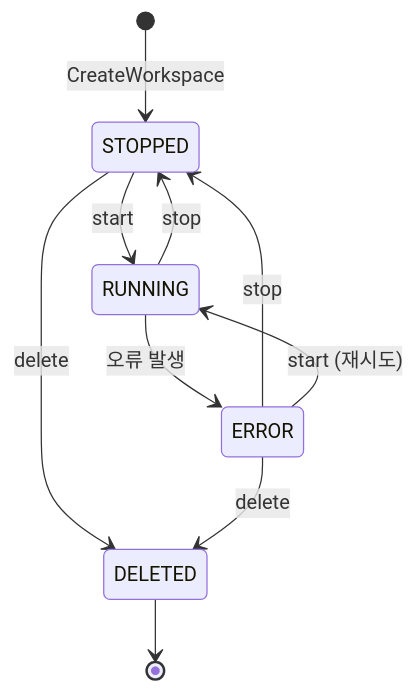
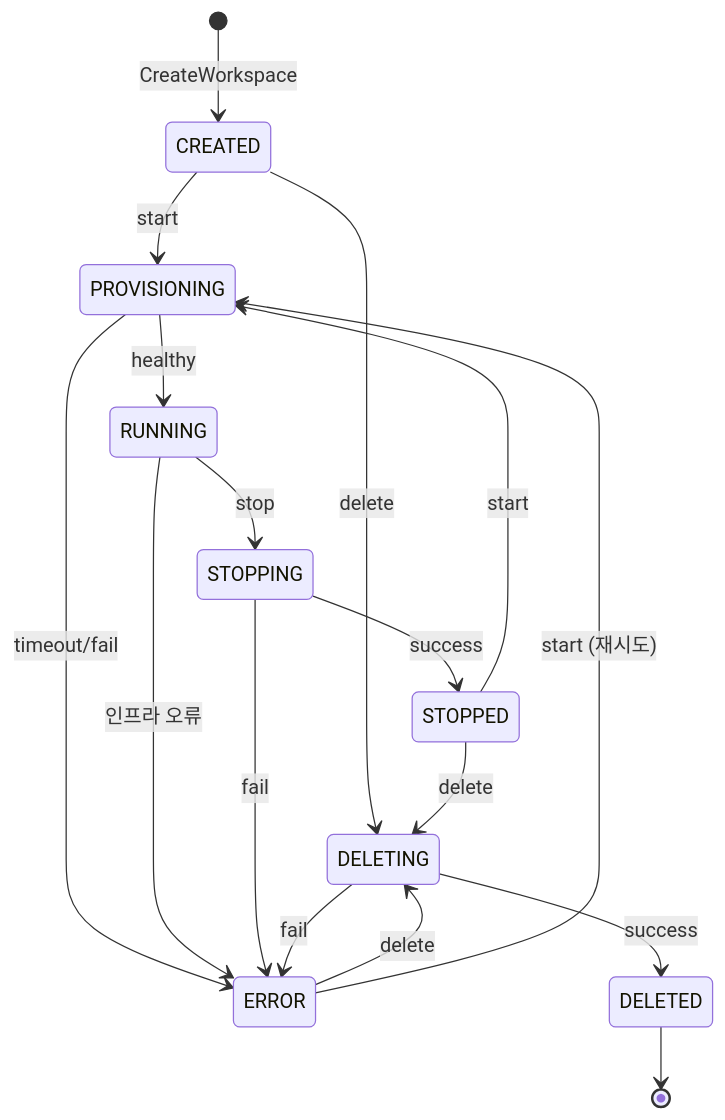
The fourth of 6 diagrams in docs/architecture.md (cagojeiger/code-hub), drawn with Mermaid before and after one commit. The commit also changed other lines of this file and 3 other files, not shown here.

````diff
--- a/docs/architecture.md
+++ b/docs/architecture.md
@@ -75,16 +89,27 @@
 ```mermaid
 stateDiagram-v2
-    [*] --> STOPPED: CreateWorkspace
+    [*] --> CREATED: CreateWorkspace
 
-    STOPPED --> RUNNING: start
-    RUNNING --> STOPPED: stop
+    CREATED --> PROVISIONING: start
+    STOPPED --> PROVISIONING: start
 
-    RUNNING --> ERROR: 오류 발생
-    ERROR --> STOPPED: stop
-    ERROR --> RUNNING: start (재시도)
+    PROVISIONING --> RUNNING: healthy
+    PROVISIONING --> ERROR: timeout/fail
 
-    STOPPED --> DELETED: delete
-    ERROR --> DELETED: delete
+    RUNNING --> STOPPING: stop
+    RUNNING --> ERROR: 인프라 오류
+
+    STOPPING --> STOPPED: success
+    STOPPING --> ERROR: fail
+
+    CREATED --> DELETING: delete
+    STOPPED --> DELETING: delete
+    ERROR --> DELETING: delete
+
+    DELETING --> DELETED: success
+    DELETING --> ERROR: fail
+
+    ERROR --> PROVISIONING: start (재시도)
 
     DELETED --> [*]
 ```
````
